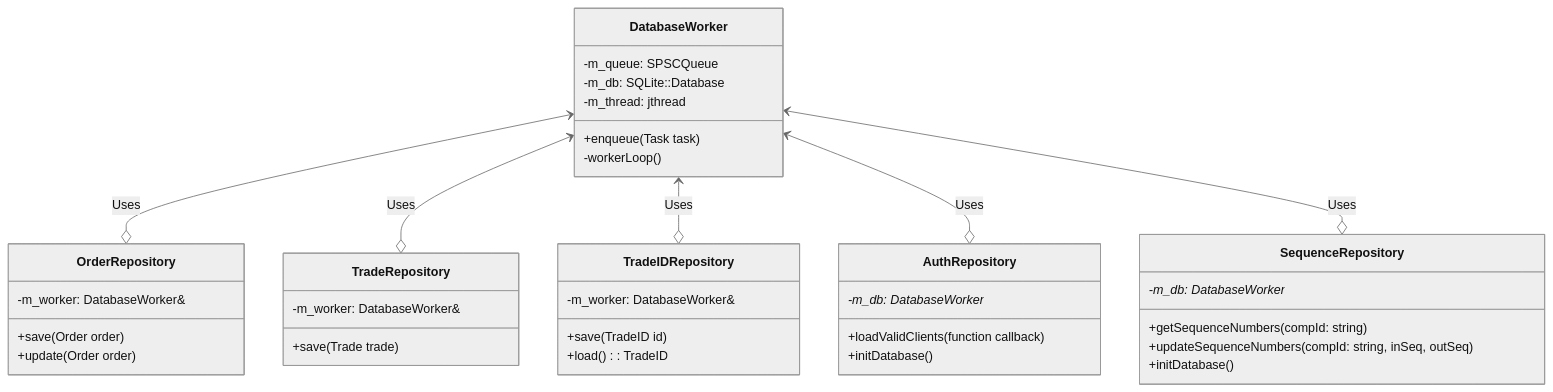
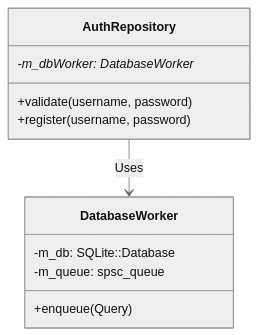
The second of 2 diagrams in exchange/exchange_persistence/README.md (SujalChoudhari/BetaTrader), drawn with Mermaid (neutral theme) before and after one commit. The commit also changed other lines of this file and 8 other files, not shown here.

````diff
--- a/exchange/exchange_persistence/README.md
+++ b/exchange/exchange_persistence/README.md
@@ -38,46 +30,16 @@
 ```mermaid
 classDiagram
     class DatabaseWorker {
-        +enqueue(Task task)
-        -workerLoop()
-        -m_queue: SPSCQueue<Task>
+        +enqueue(Query)
         -m_db: SQLite::Database
-        -m_thread: jthread
-    }
-
-    class OrderRepository {
-        +save(Order order)
-        +update(Order order)
-        -m_worker: DatabaseWorker&
-    }
-
-    class TradeRepository {
-        +save(Trade trade)
-        -m_worker: DatabaseWorker&
-    }
-
-    class TradeIDRepository {
-        +save(TradeID id)
-        +load(): TradeID
-        -m_worker: DatabaseWorker&
+        -m_queue: spsc_queue
     }
 
     class AuthRepository {
-        +loadValidClients(function callback)
-        +initDatabase()
-        -m_db: DatabaseWorker*
+        +validate(username, password)
+        +register(username, password)
+        -m_dbWorker: DatabaseWorker*
     }
 
-    class SequenceRepository {
-        +getSequenceNumbers(compId: string)
-        +updateSequenceNumbers(compId: string, inSeq, outSeq)
-        +initDatabase()
-        -m_db: DatabaseWorker*
-    }
-
-    DatabaseWorker <--o OrderRepository : Uses
-    DatabaseWorker <--o TradeRepository : Uses
-    DatabaseWorker <--o TradeIDRepository : Uses
-    DatabaseWorker <--o AuthRepository : Uses
-    DatabaseWorker <--o SequenceRepository : Uses
+    AuthRepository --> DatabaseWorker : Uses
 ```
````
